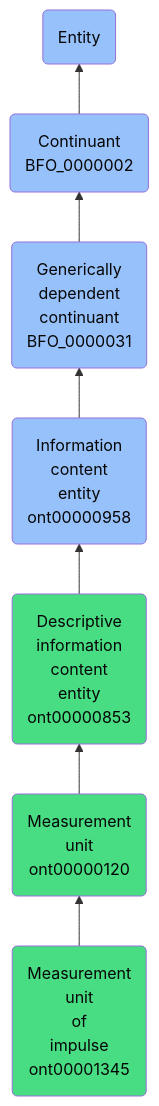
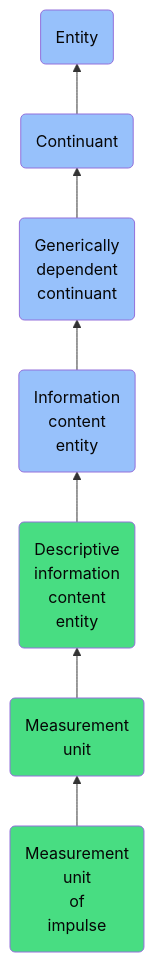
Before and after one commit to jupyter-naas/abi: the diagram in docs/ontology/reference/model/Entity/Continuant/Generically dependent continuant/Information content entity/Descriptive information content entity/Measurement unit/Measurement unit of impulse/Measurement unit of impulse.md, drawn with Mermaid. The commit also changed other lines of this file and 1430 other files, not shown here.

````diff
--- a/docs/ontology/reference/model/Entity/Continuant/Generically dependent continuant/Information content entity/Descriptive information content entity/Measurement unit/Measurement unit of impulse/Measurement unit of impulse.md
+++ b/docs/ontology/reference/model/Entity/Continuant/Generically dependent continuant/Information content entity/Descriptive information content entity/Measurement unit/Measurement unit of impulse/Measurement unit of impulse.md
@@ -24,14 +24,14 @@
 ```mermaid
 graph BT
-    ont00001345(Measurement<br>unit<br>of<br>impulse<br>ont00001345):::ABI-->ont00000120
-    ont00000120(Measurement<br>unit<br>ont00000120):::ABI-->ont00000853
-    ont00000853(Descriptive<br>information<br>content<br>entity<br>ont00000853):::ABI-->ont00000958
-    ont00000958(Information<br>content<br>entity<br>ont00000958):::BFO-->BFO_0000031
-    BFO_0000031(Generically<br>dependent<br>continuant<br>BFO_0000031):::BFO-->BFO_0000002
-    BFO_0000002(Continuant<br>BFO_0000002):::BFO-->BFO_0000001
+    ont00001345(Measurement<br>unit<br>of<br>impulse):::ABI-->ont00000120
+    ont00000120(Measurement<br>unit):::ABI-->ont00000853
+    ont00000853(Descriptive<br>information<br>content<br>entity):::ABI-->ont00000958
+    ont00000958(Information<br>content<br>entity):::BFO-->BFO_0000031
+    BFO_0000031(Generically<br>dependent<br>continuant):::BFO-->BFO_0000002
+    BFO_0000002(Continuant):::BFO-->BFO_0000001
     BFO_0000001(Entity):::BFO
     
     classDef BFO fill:#97c1fb,color:#060606
     classDef CCO fill:#e4c51e,color:#060606
     classDef ABI fill:#48DD82,color:#060606
 ```
````
